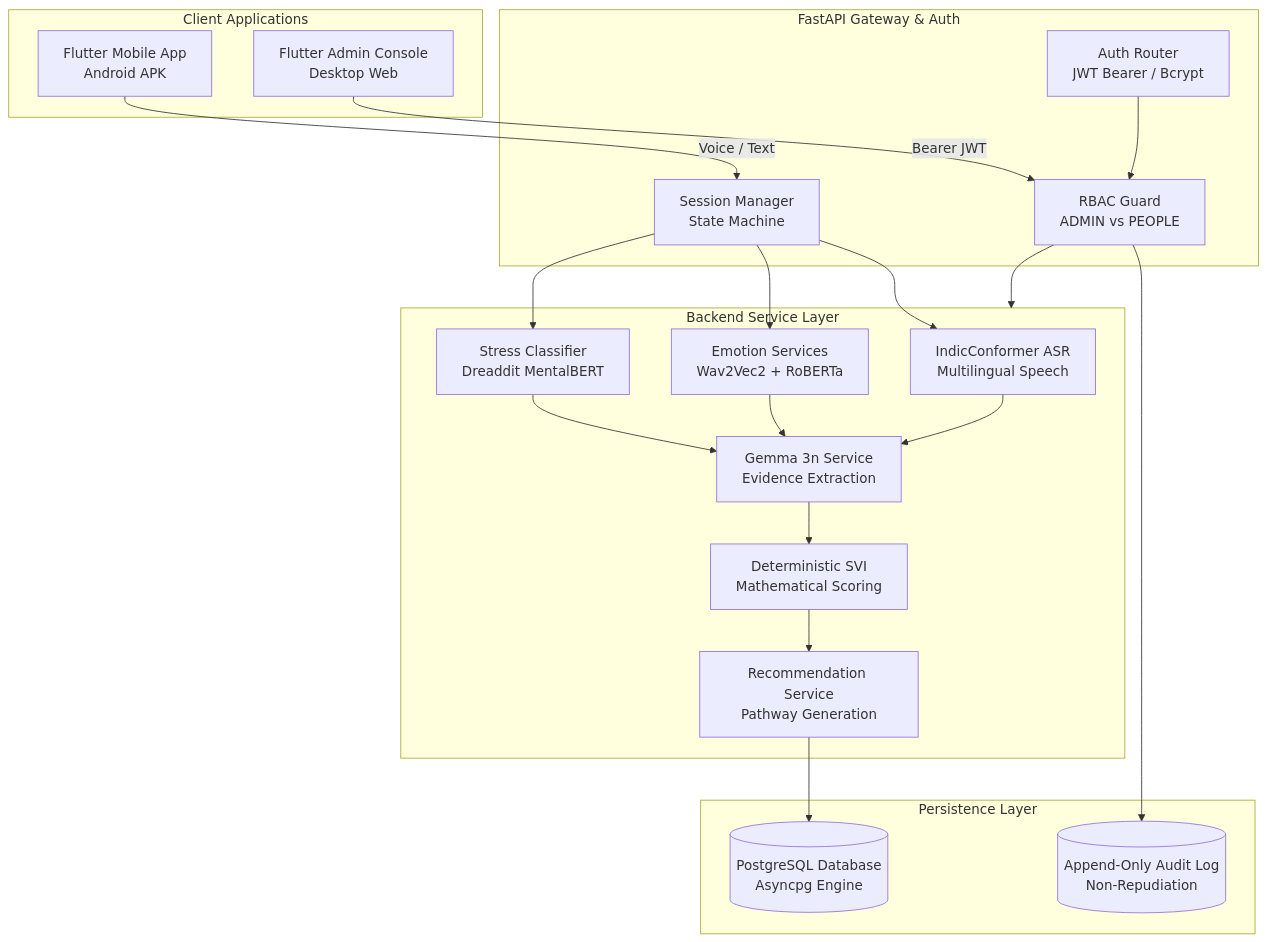
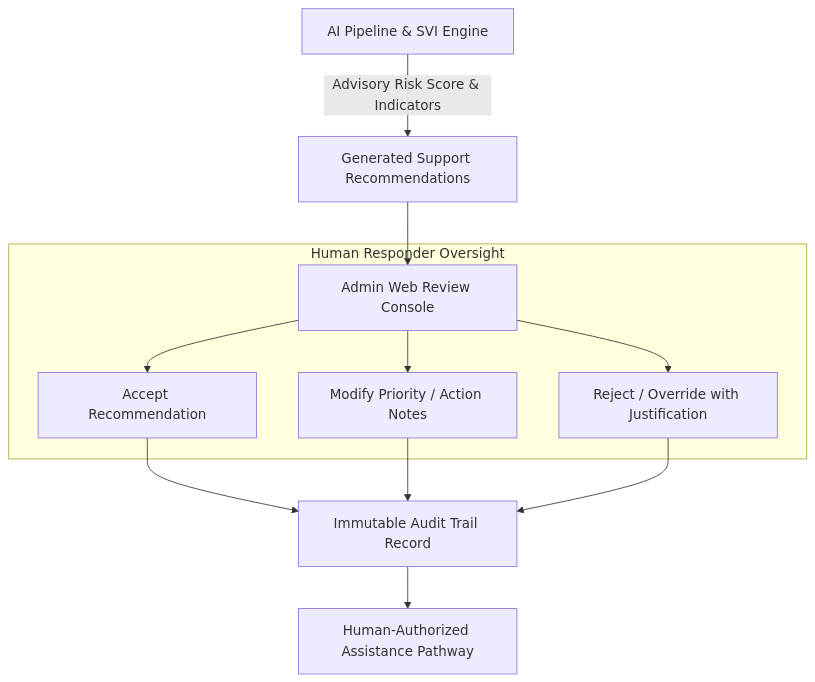
One commit to revanth-kumar-02/SIH26093 changed the fourth of 4 diagrams in README.md. Above: the diagram before and after it, drawn with Mermaid. The commit also changed other lines of this file and 11 other files, not shown here.

Commit message:
feat: integrate local Gemma LLM services and update project documentation

````diff
--- a/README.md
+++ b/README.md
@@ -258,50 +303,14 @@
 ```mermaid
-graph TD
-    subgraph Client_Tier [Client Applications]
-        V_APP[Flutter Mobile App
-Android APK]
-        A_WEB[Flutter Admin Console
-Desktop Web]
+flowchart TD
+    AI[AI Pipeline & SVI Engine] -->|Advisory Risk Score & Indicators| Recs[Generated Support Recommendations]
+    Recs --> Dashboard[Admin Web Review Console]
+    
+    subgraph Human_Operator_Actions [Human Responder Oversight]
+        Dashboard --> Action1[Accept Recommendation]
+        Dashboard --> Action2[Modify Priority / Action Notes]
+        Dashboard --> Action3[Reject / Override with Justification]
     end
-
-    subgraph API_Gateway [FastAPI Gateway & Auth]
-        AUTH[Auth Router
-JWT Bearer / Bcrypt]
-        RBAC[RBAC Guard
-ADMIN vs PEOPLE]
-        SESS[Session Manager
-State Machine]
-    end
-
-    subgraph Service_Tier [Backend Service Layer]
-        ASR_SVC[IndicConformer ASR
-Multilingual Speech]
-        EMO_SVC[Emotion Services
-Wav2Vec2 + RoBERTa]
-        STR_SVC[Stress Classifier
-Dreaddit MentalBERT]
-        GEM_SVC[Gemma 3n Service
-Evidence Extraction]
-        SVI_SVC[Deterministic SVI
-Mathematical Scoring]
-        REC_SVC[Recommendation Service
-Pathway Generation]
-    end
-
-    subgraph Data_Tier [Persistence Layer]
-        PG[(PostgreSQL Database
-Asyncpg Engine)]
-        AUDIT[(Append-Only Audit Log
-Non-Repudiation)]
-    end
-
-    V_APP -->|Voice / Text| SESS
-    A_WEB -->|Bearer JWT| RBAC
-    AUTH --> RBAC
-    RBAC --> Service_Tier
-    SESS --> ASR_SVC & EMO_SVC & STR_SVC
-    ASR_SVC & EMO_SVC & STR_SVC --> GEM_SVC
-    GEM_SVC --> SVI_SVC --> REC_SVC
-    REC_SVC --> PG
-    RBAC --> AUDIT
+    
+    Action1 & Action2 & Action3 --> AuditLog[Immutable Audit Trail Record]
+    AuditLog --> FinalDispatch[Human-Authorized Assistance Pathway]
 ```
````
